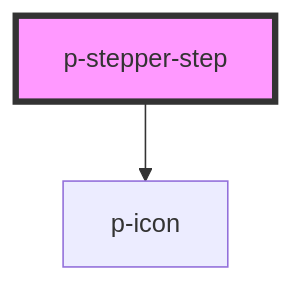
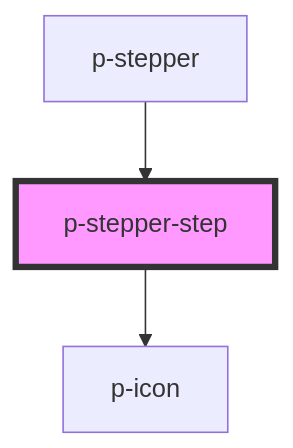
Before and after one commit to Employes/paperless: the diagram in packages/core/src/components/atoms/stepper-step/readme.md, drawn with Mermaid. The commit also changed other lines of this file and 3 other files, not shown here.

Commit message:
fix(Atoms/Stepper-Step): Use prop reflection & fix height

````diff
--- a/packages/core/src/components/atoms/stepper-step/readme.md
+++ b/packages/core/src/components/atoms/stepper-step/readme.md
@@ -30,5 +35,6 @@
 ```mermaid
 graph TD;
   p-stepper-step --> p-icon
+  p-stepper --> p-stepper-step
   style p-stepper-step fill:#f9f,stroke:#333,stroke-width:4px
 ```
````
